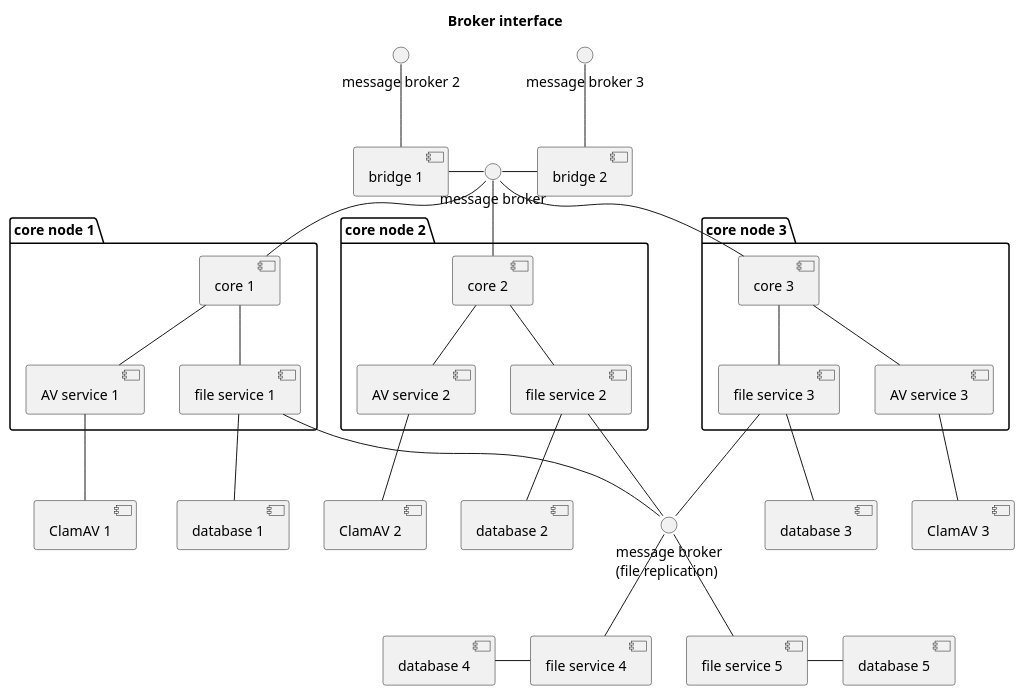
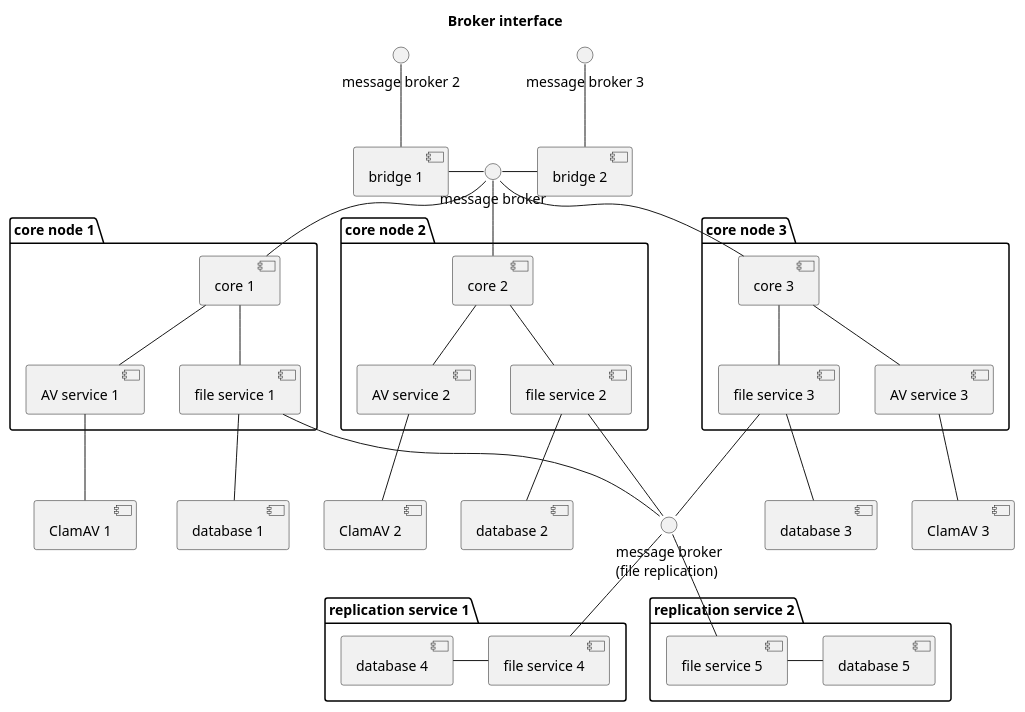
The diagram in docs/brokercomponent.puml (dvoraka/av-service), drawn with PlantUML before and after one commit. The commit also changed 3 other files, not shown here.

```diff
--- a/docs/brokercomponent.puml
+++ b/docs/brokercomponent.puml
@@ -1,64 +1,74 @@
 @startuml
 
 title Broker interface
 
 interface "message broker" as broker
 interface "message broker 2" as broker2
 interface "message broker 3" as broker3
 interface "message broker\n(file replication)" as broker4
 
 
 package "core node 1" {
     [core 1]
     [AV service 1]
     [file service 1]
 }
 
 package "core node 2" {
     [core 2]
     [AV service 2]
     [file service 2]
 }
 
 package "core node 3" {
     [core 3]
     [AV service 3]
     [file service 3]
+}
+
+package "replication service 1" {
+    [file service 4]
+    [database 4]
+}
+
+package "replication service 2" {
+    [file service 5]
+    [database 5]
 }
 
 broker2 -- [bridge 1]
 broker3 -- [bridge 2]
 
 [bridge 1] - broker
 [bridge 2] -left- broker
 
 broker -- [core 1]
 broker -- [core 2]
 broker -- [core 3]
 
 [core 1] -- [AV service 1]
 [core 2] -- [AV service 2]
 [core 3] -- [AV service 3]
 
 [core 1] -- [file service 1]
 [core 2] -- [file service 2]
 [core 3] -- [file service 3]
 
 [AV service 1] -- [ClamAV 1]
 [AV service 2] -- [ClamAV 2]
 [AV service 3] -- [ClamAV 3]
 
 [file service 1] -- [database 1]
 [file service 2] -- [database 2]
 [file service 3] -- [database 3]
 
 [file service 1] -- broker4
 [file service 2] -- broker4
 [file service 3] -- broker4
 [file service 4] -up- broker4
 [file service 5] -up- broker4
 
 [file service 4] -left- [database 4]
 [file service 5] - [database 5]
 
 @enduml
```
